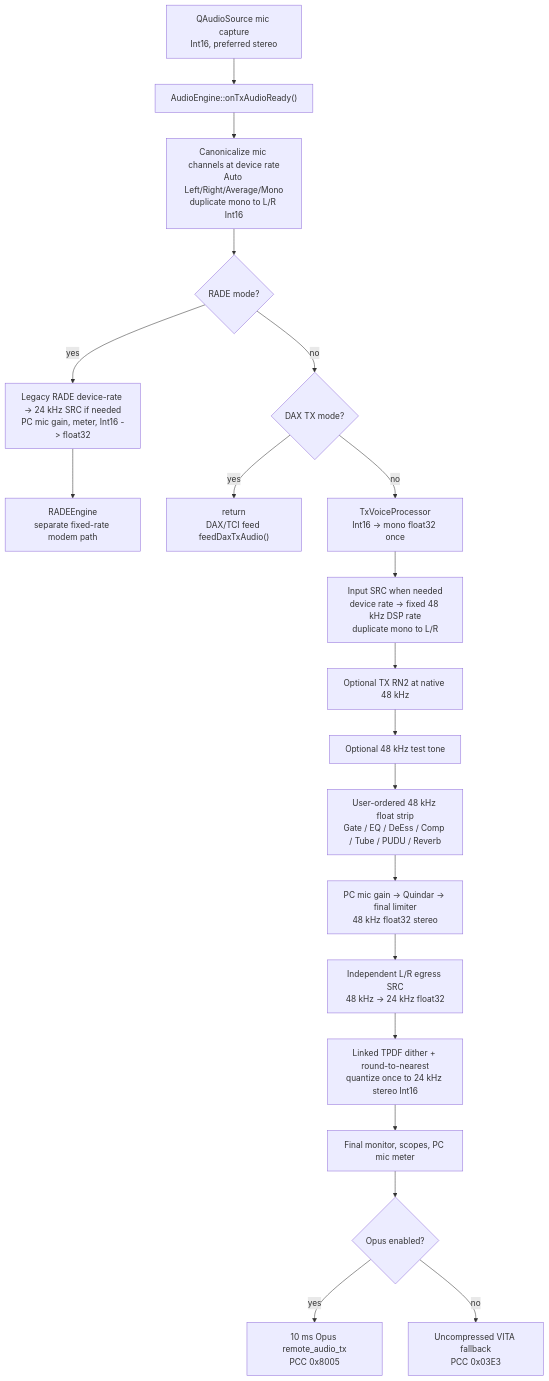
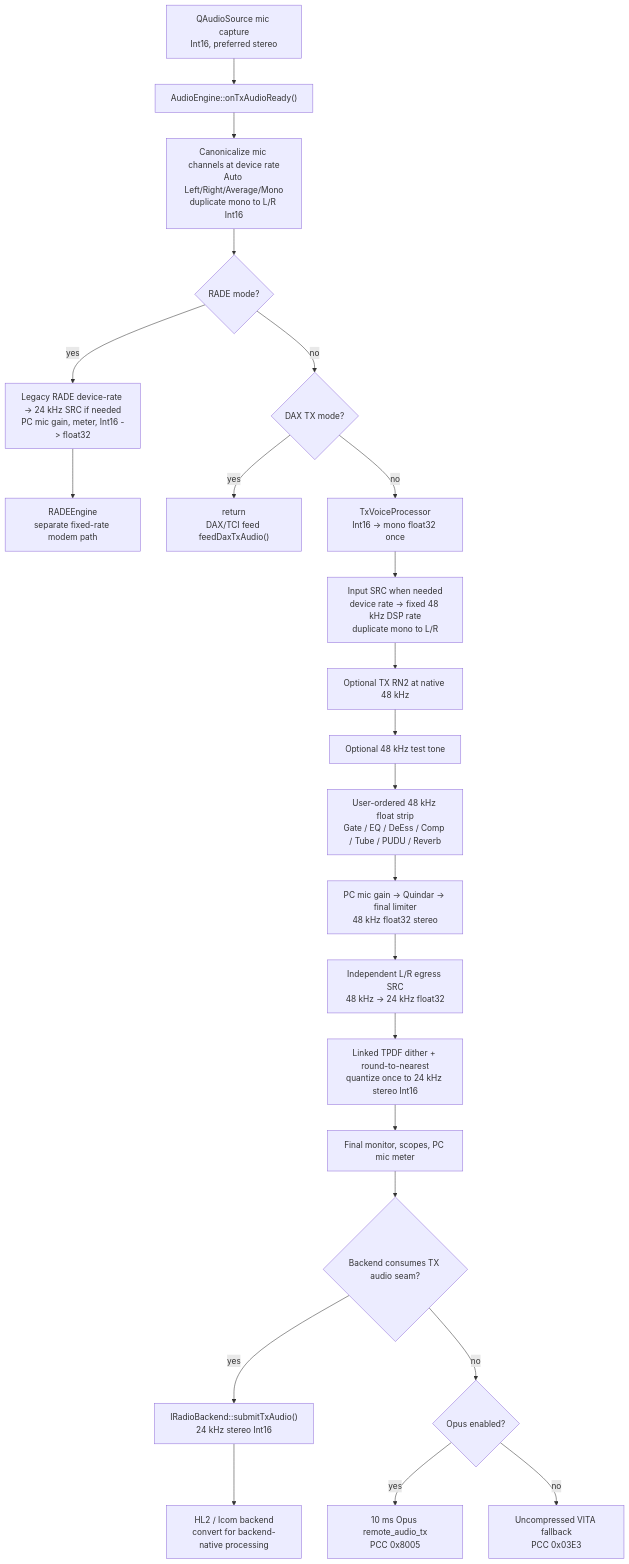
Before and after one commit to Ozy311/AetherSDR: the second of 4 diagrams in docs/architecture/audio-pipeline.md, drawn with Mermaid. The commit also changed other lines of this file and 7 other files, not shown here.

````diff
--- a/docs/architecture/audio-pipeline.md
+++ b/docs/architecture/audio-pipeline.md
@@ -290,22 +294,25 @@
 ```mermaid
 flowchart TD
     A["QAudioSource mic capture<br/>Int16, preferred stereo"] --> B["AudioEngine::onTxAudioReady()"]
     B --> C["Canonicalize mic channels at device rate<br/>Auto Left/Right/Average/Mono<br/>duplicate mono to L/R Int16"]
     C --> D{"RADE mode?"}
     D -->|yes| E["Legacy RADE device-rate -> 24 kHz SRC if needed<br/>PC mic gain, meter, Int16 -> float32"]
     E --> F["RADEEngine<br/>separate fixed-rate modem path"]
     D -->|no| G{"DAX TX mode?"}
     G -->|yes| H["return<br/>DAX/TCI feed feedDaxTxAudio()"]
     G -->|no| I["TxVoiceProcessor<br/>Int16 -> mono float32 once"]
     I --> J["Input SRC when needed<br/>device rate -> fixed 48 kHz DSP rate<br/>duplicate mono to L/R"]
     J --> K["Optional TX RN2 at native 48 kHz"]
     K --> L["Optional 48 kHz test tone"]
     L --> M["User-ordered 48 kHz float strip<br/>Gate / EQ / DeEss / Comp / Tube / PUDU / Reverb"]
     M --> N["PC mic gain -> Quindar -> final limiter<br/>48 kHz float32 stereo"]
     N --> O["Independent L/R egress SRC<br/>48 kHz -> 24 kHz float32"]
     O --> P["Linked TPDF dither + round-to-nearest<br/>quantize once to 24 kHz stereo Int16"]
     P --> Q["Final monitor, scopes, PC mic meter"]
-    Q --> R{"Opus enabled?"}
-    R -->|yes| S["10 ms Opus remote_audio_tx<br/>PCC 0x8005"]
-    R -->|no| T["Uncompressed VITA fallback<br/>PCC 0x03E3"]
+    Q --> R{"Backend consumes TX audio seam?"}
+    R -->|yes| U["IRadioBackend::submitTxAudio()<br/>24 kHz stereo Int16"]
+    U --> V["HL2 / Icom backend<br/>convert for backend-native processing"]
+    R -->|no| S{"Opus enabled?"}
+    S -->|yes| T["10 ms Opus remote_audio_tx<br/>PCC 0x8005"]
+    S -->|no| W["Uncompressed VITA fallback<br/>PCC 0x03E3"]
 ```
````
